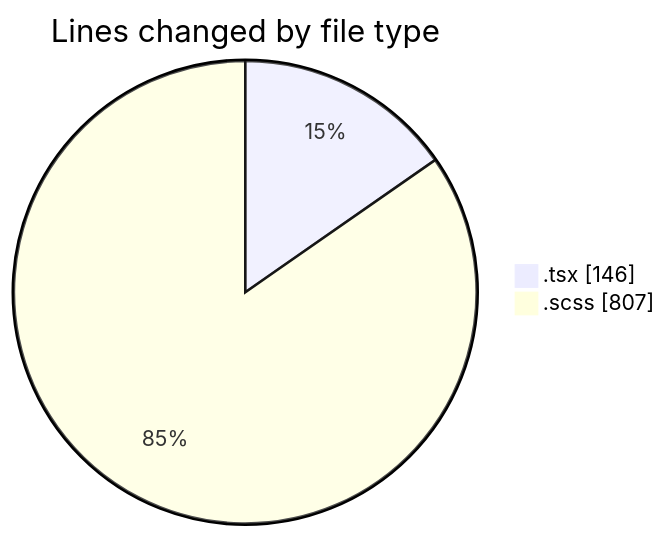
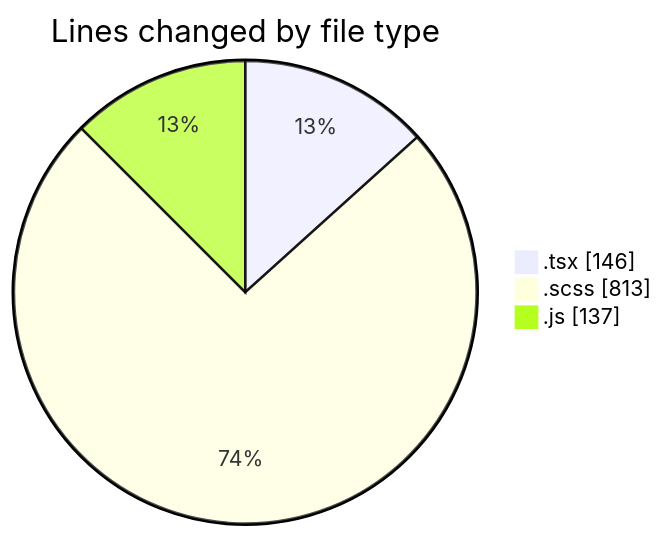
The first of 2 diagrams in 2026-03-25/cda/README.md (momahboobian/code-tracking), drawn with Mermaid before and after one commit. The commit also changed other lines of this file and 1 other file, not shown here.

````diff
--- a/2026-03-25/cda/README.md
+++ b/2026-03-25/cda/README.md
@@ -21,6 +22,7 @@
 ```mermaid
 pie showData
 title Lines changed by file type
 ".tsx" : 146
-".scss" : 807
+".scss" : 813
+".js" : 137
 ```
````
